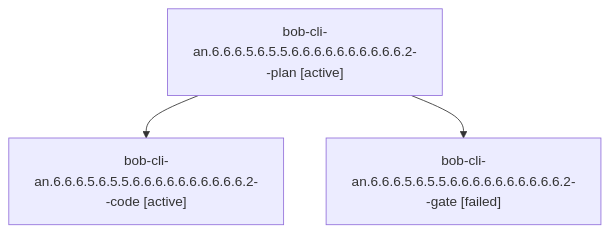
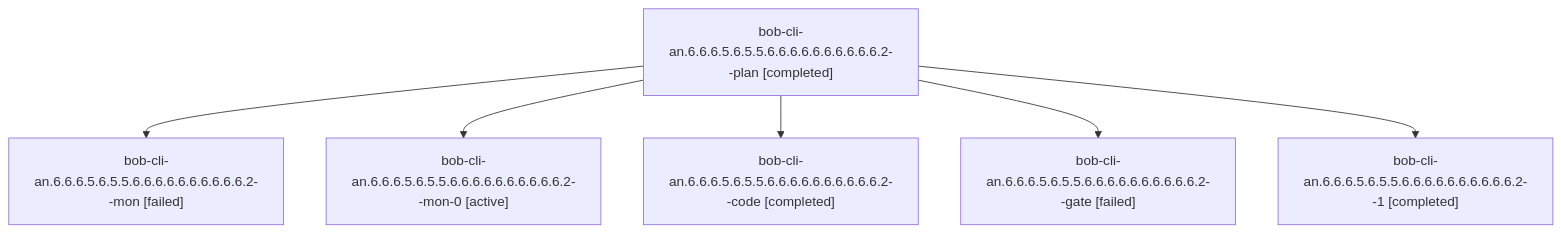
The diagram in sessions/bbugyi200.athena.bob-cli-an.6.6.6.5.6.5.5.6.6.6.6.6.6.6.6.6.6.2.md (bobs-org/bob-cli--agents), drawn with Mermaid before and after one commit. The commit also changed other lines of this file and 318 other files, not shown here.

````diff
--- a/sessions/bbugyi200.athena.bob-cli-an.6.6.6.5.6.5.5.6.6.6.6.6.6.6.6.6.6.2.md
+++ b/sessions/bbugyi200.athena.bob-cli-an.6.6.6.5.6.5.5.6.6.6.6.6.6.6.6.6.6.2.md
@@ -9,8 +9,14 @@
 ```mermaid
 flowchart TD
-  n0["bob-cli-an.6.6.6.5.6.5.5.6.6.6.6.6.6.6.6.6.6.2--plan [active]"]
-  n1["bob-cli-an.6.6.6.5.6.5.5.6.6.6.6.6.6.6.6.6.6.2--code [active]"]
+  n0["bob-cli-an.6.6.6.5.6.5.5.6.6.6.6.6.6.6.6.6.6.2--plan [completed]"]
+  n1["bob-cli-an.6.6.6.5.6.5.5.6.6.6.6.6.6.6.6.6.6.2--mon [failed]"]
   n0 --> n1
-  n2["bob-cli-an.6.6.6.5.6.5.5.6.6.6.6.6.6.6.6.6.6.2--gate [failed]"]
+  n2["bob-cli-an.6.6.6.5.6.5.5.6.6.6.6.6.6.6.6.6.6.2--mon-0 [active]"]
   n0 --> n2
+  n3["bob-cli-an.6.6.6.5.6.5.5.6.6.6.6.6.6.6.6.6.6.2--code [completed]"]
+  n0 --> n3
+  n4["bob-cli-an.6.6.6.5.6.5.5.6.6.6.6.6.6.6.6.6.6.2--gate [failed]"]
+  n0 --> n4
+  n5["bob-cli-an.6.6.6.5.6.5.5.6.6.6.6.6.6.6.6.6.6.2--1 [completed]"]
+  n0 --> n5
 ```
````
